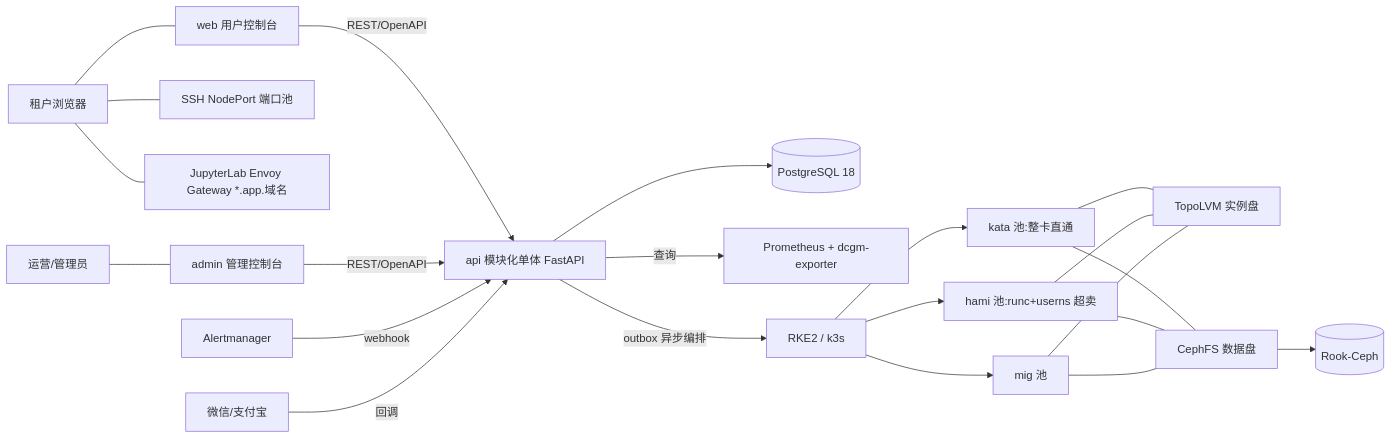
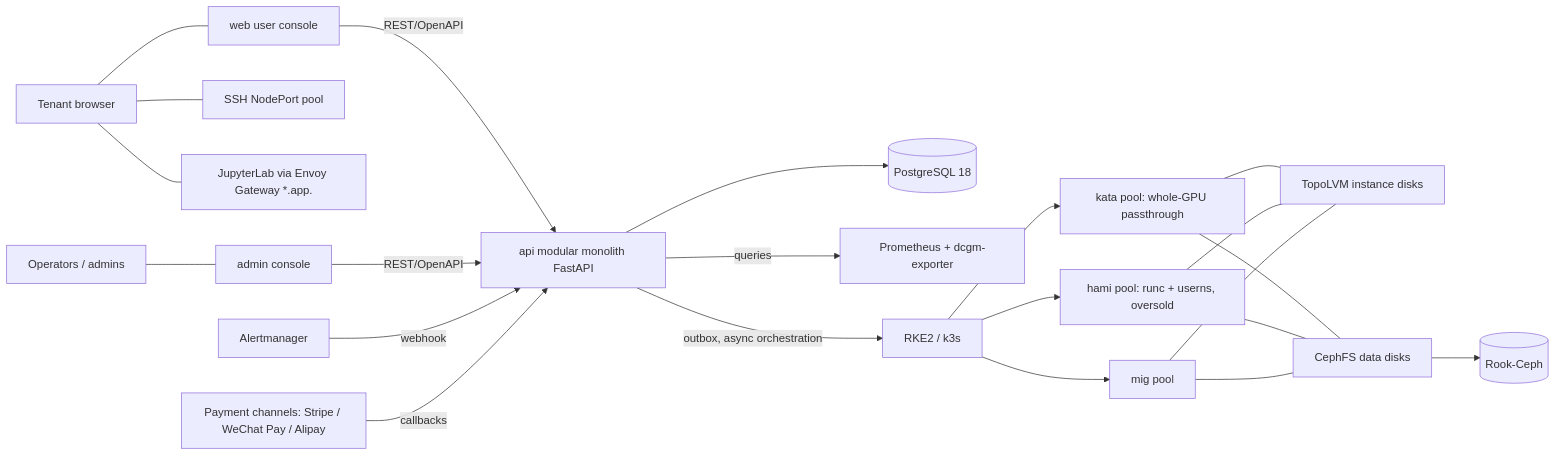
The first of 2 diagrams in docs/architecture.md (cgboy520/superdl), drawn with Mermaid before and after one commit. The commit also changed other lines of this file and 2 other files, not shown here.

First line of the commit message:
docs: English architecture.md and decisions.md (#38)

````diff
--- a/docs/architecture.md
+++ b/docs/architecture.md
@@ -8,14 +8,14 @@
 ```mermaid
 flowchart LR
-    U[租户浏览器] --- W[web 用户控制台] & NP[SSH NodePort 端口池] & ING["JupyterLab Envoy Gateway *.app.域名"]
-    A[运营/管理员] --- AD[admin 管理控制台]
-    W & AD -- REST/OpenAPI --> API[api 模块化单体 FastAPI]
+    U[Tenant browser] --- W[web user console] & NP[SSH NodePort pool] & ING["JupyterLab via Envoy Gateway *.app.<domain>"]
+    A[Operators / admins] --- AD[admin console]
+    W & AD -- REST/OpenAPI --> API[api modular monolith FastAPI]
     ALM[Alertmanager] -- webhook --> API
-    PAY[微信/支付宝] -- 回调 --> API
+    PAY[Payment channels: Stripe / WeChat Pay / Alipay] -- callbacks --> API
     API --> PG[(PostgreSQL 18)]
-    API -- 查询 --> PROM[Prometheus + dcgm-exporter]
-    API -- outbox 异步编排 --> K8S[RKE2 / k3s]
-    K8S --> P1[kata 池:整卡直通] & P2[hami 池:runc+userns 超卖] & P3[mig 池]
-    P1 & P2 & P3 --- LVM[TopoLVM 实例盘] & CFS[CephFS 数据盘]
+    API -- queries --> PROM[Prometheus + dcgm-exporter]
+    API -- outbox, async orchestration --> K8S[RKE2 / k3s]
+    K8S --> P1[kata pool: whole-GPU passthrough] & P2[hami pool: runc + userns, oversold] & P3[mig pool]
+    P1 & P2 & P3 --- LVM[TopoLVM instance disks] & CFS[CephFS data disks]
     CFS --> ROOK[(Rook-Ceph)]
 ```
````
